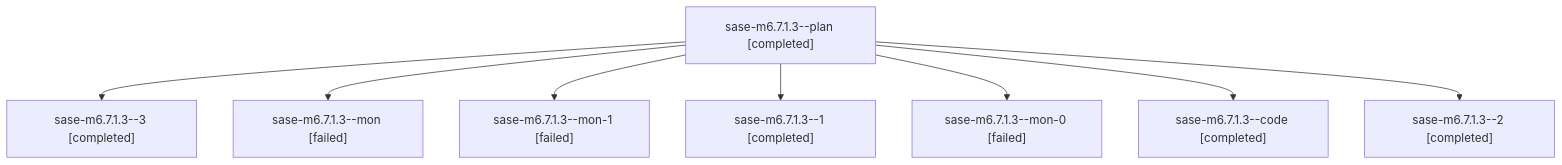
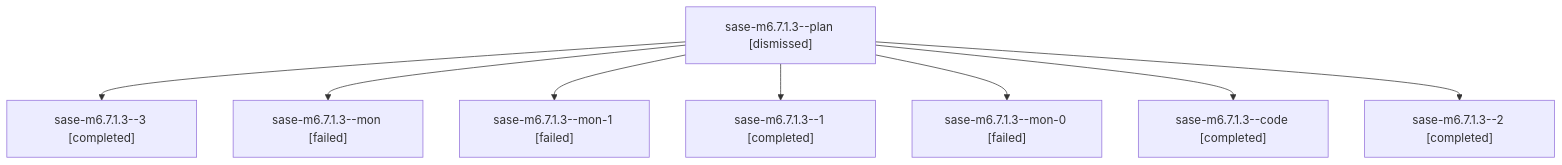
The diagram in families/bbugyi200.athena.sase-m6.7.1.3.md (sase-org/sase--agents), drawn with Mermaid before and after one commit. The commit also changed other lines of this file and 335 other files, not shown here.

````diff
--- a/families/bbugyi200.athena.sase-m6.7.1.3.md
+++ b/families/bbugyi200.athena.sase-m6.7.1.3.md
@@ -9,18 +9,18 @@
 ```mermaid
 flowchart TD
-  n0["sase-m6.7.1.3--plan [completed]"]
+  n0["sase-m6.7.1.3--plan [dismissed]"]
   n1["sase-m6.7.1.3--3 [completed]"]
   n0 --> n1
   n2["sase-m6.7.1.3--mon [failed]"]
   n0 --> n2
   n3["sase-m6.7.1.3--mon-1 [failed]"]
   n0 --> n3
   n4["sase-m6.7.1.3--1 [completed]"]
   n0 --> n4
   n5["sase-m6.7.1.3--mon-0 [failed]"]
   n0 --> n5
   n6["sase-m6.7.1.3--code [completed]"]
   n0 --> n6
   n7["sase-m6.7.1.3--2 [completed]"]
   n0 --> n7
 ```
````
